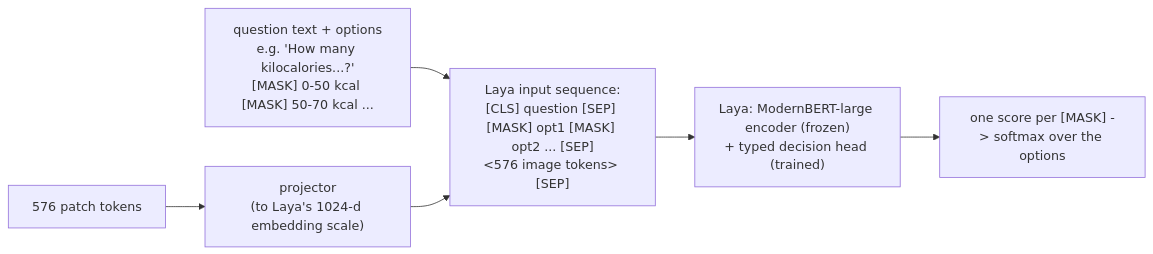
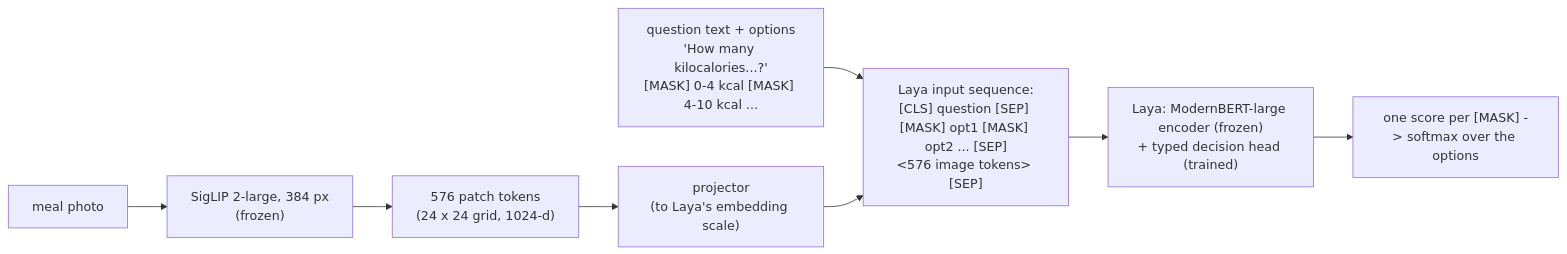
One commit to Aquos06/LayaMacro changed the diagram in docs/architecture.md. Above: the diagram before and after it, drawn with Mermaid. The commit also changed other lines of this file and 6 other files, not shown here.

````diff
--- a/docs/architecture.md
+++ b/docs/architecture.md
@@ -45,8 +8,10 @@
 ```mermaid
 flowchart LR
-    T["576 patch tokens"] --> PR["projector<br/>(to Laya's 1024-d embedding scale)"]
-    Q["question text + options<br/>e.g. 'How many kilocalories...?'<br/>[MASK] 0-50 kcal [MASK] 50-70 kcal ..."] --> S
+    P[meal photo] --> E["SigLIP 2-large, 384 px<br/>(frozen)"]
+    E --> T["576 patch tokens<br/>(24 x 24 grid, 1024-d)"]
+    T --> PR["projector<br/>(to Laya's embedding scale)"]
+    Q["question text + options<br/>'How many kilocalories...?'<br/>[MASK] 0-4 kcal [MASK] 4-10 kcal ..."] --> S
     PR --> S["Laya input sequence:<br/>[CLS] question [SEP] [MASK] opt1 [MASK] opt2 ... [SEP]<br/>&lt;576 image tokens&gt; [SEP]"]
     S --> L["Laya: ModernBERT-large encoder (frozen)<br/>+ typed decision head (trained)"]
     L --> O["one score per [MASK] -> softmax over the options"]
 ```
````
